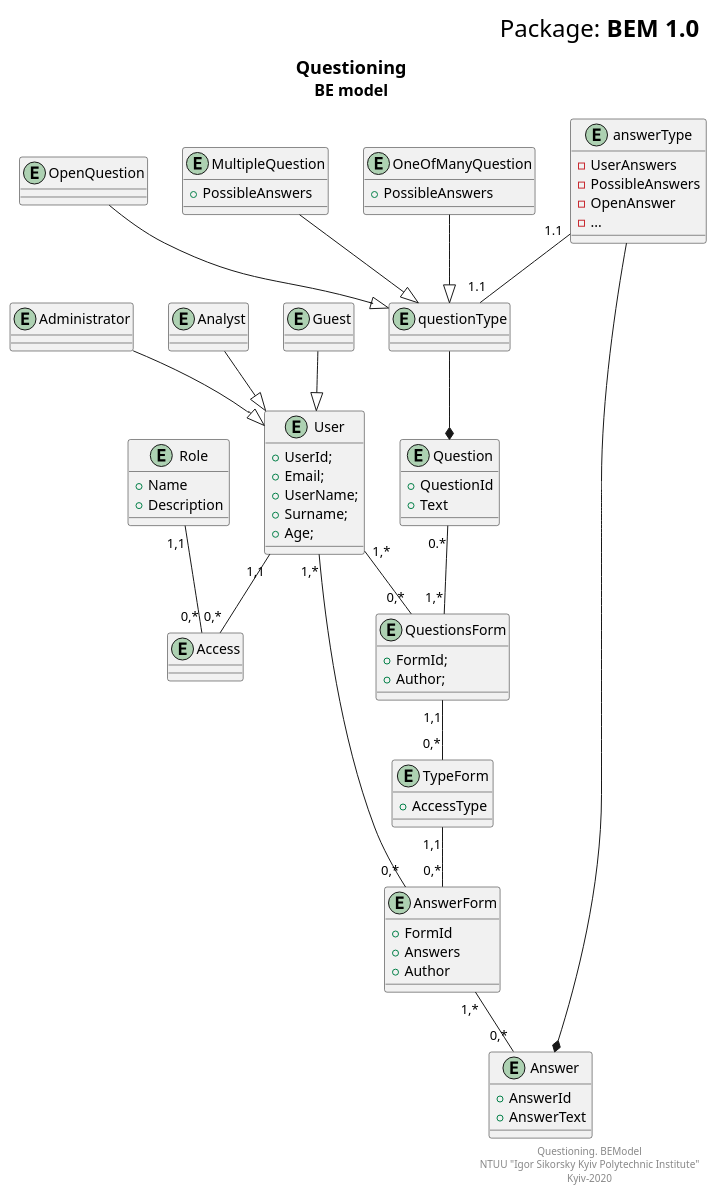
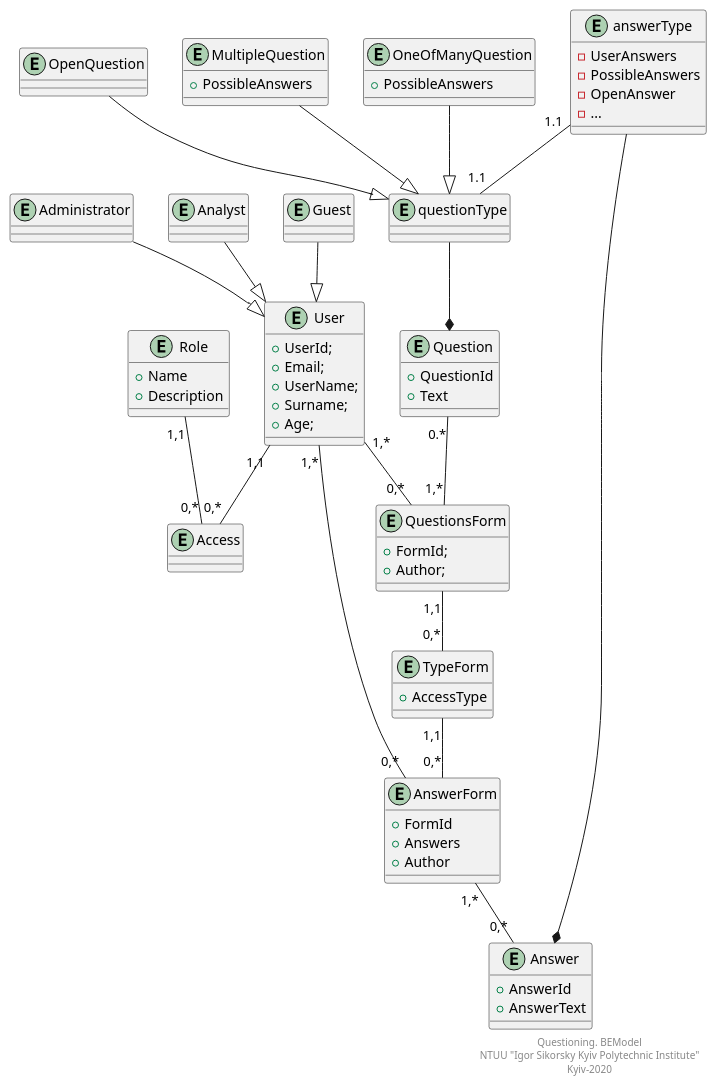
The diagram in Information/Diagrams/BEM+ERM/bem.pu (teramont/databaseQuestioning), drawn with PlantUML before and after one commit.

```diff
--- a/Information/Diagrams/BEM+ERM/bem.pu
+++ b/Information/Diagrams/BEM+ERM/bem.pu
@@ -1,118 +1,109 @@
 @startuml
-right header
-<font size=24 color=black>Package: <b>BEM 1.0
-end header
-
-title
-<font size=18 color=black>Questioning
-<font size=16 color=black>BE model
-end title
-
 
 entity User {
     + UserId;
     + Email;
     + UserName;
     + Surname;
     + Age;
 }
 
 entity Administrator
 entity Analyst
 entity Guest
 
 entity Access
 entity Role {
  + Name
  + Description
 }
 
 Role "1,1"--"0,*" Access
 
 User "1,1"--"0,*" Access
 
 Administrator --|> User
 Analyst --|> User
 Guest --|> User
 
 
 
 entity QuestionsForm{
  + FormId;
  + Author;
 }
 
 entity TypeForm {
  + AccessType
 }
 
 
 
 
 
 entity Question {
 + QuestionId
 + Text
 }
 
 entity questionType
 
 entity OneOfManyQuestion {
 + PossibleAnswers
 }
 
 entity OpenQuestion 
 
 entity MultipleQuestion {
 + PossibleAnswers
 }
 
 MultipleQuestion --|> questionType
 OpenQuestion --|> questionType
 OneOfManyQuestion --|> questionType
 
 questionType --* Question
 
 
 Question  "0.*"--"1,*" QuestionsForm
 QuestionsForm "1,1"--"0,*" TypeForm
 
 
 entity AnswerForm {
  + FormId
  + Answers
  + Author
 }
 
 
 
 entity Answer {
  + AnswerId
  + AnswerText
 }
 
 entity answerType{
  - UserAnswers
  - PossibleAnswers 
  - OpenAnswer 
  - ...
 }
 
 answerType "1.1"--"1.1" questionType
 TypeForm "1,1"--"0,*" AnswerForm
 
 answerType --* Answer
 
 AnswerForm "1,*"--"0,*" Answer
 
 
 
 User "1,*"--"0,*" AnswerForm
 User "1,*"--"0,*" QuestionsForm
 
 right footer
 Questioning. BEModel
 NTUU "Igor Sikorsky Kyiv Polytechnic Institute"
 Kyiv-2020
 end footer
 @enduml
```
